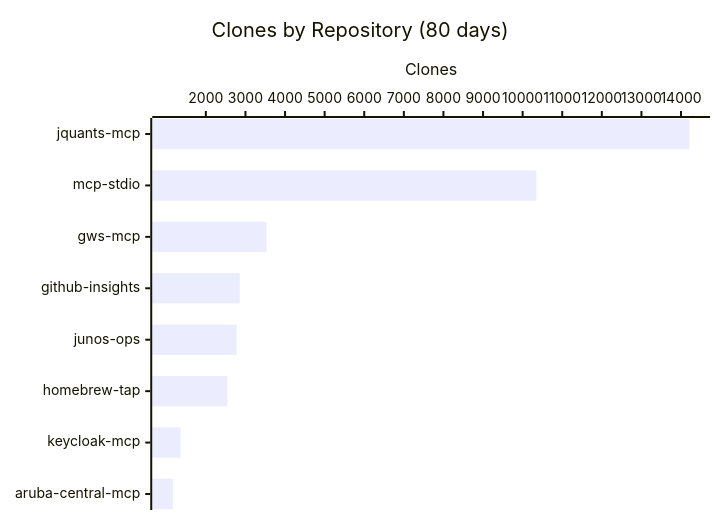
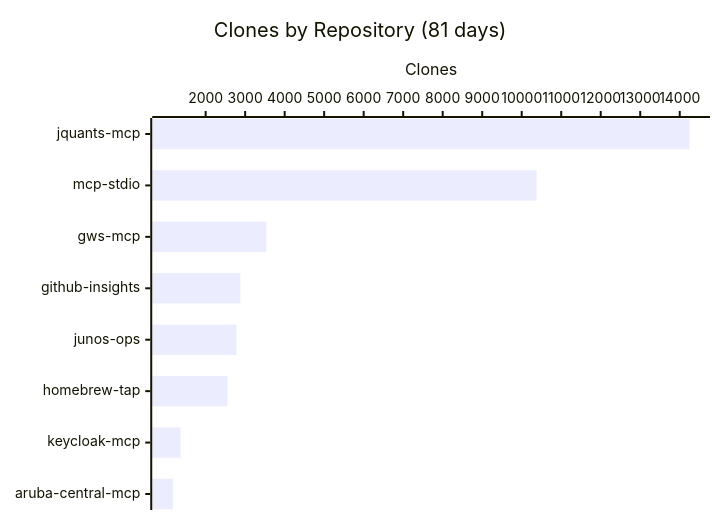
The third of 3 diagrams in README.md (shigechika/github-insights), drawn with Mermaid before and after one commit. The commit also changed other lines of this file and 2 other files, not shown here.

````diff
--- a/README.md
+++ b/README.md
@@ -43,7 +43,7 @@
 ```mermaid
 xychart-beta horizontal
-    title "Clones by Repository (80 days)"
+    title "Clones by Repository (81 days)"
     x-axis ["jquants-mcp", "mcp-stdio", "gws-mcp", "github-insights", "junos-ops", "homebrew-tap", "keycloak-mcp", "aruba-central-mcp"]
     y-axis "Clones"
-    bar [14211, 10349, 3532, 2858, 2776, 2543, 1362, 1167]
+    bar [14244, 10375, 3534, 2879, 2779, 2550, 1364, 1170]
 ```
````
